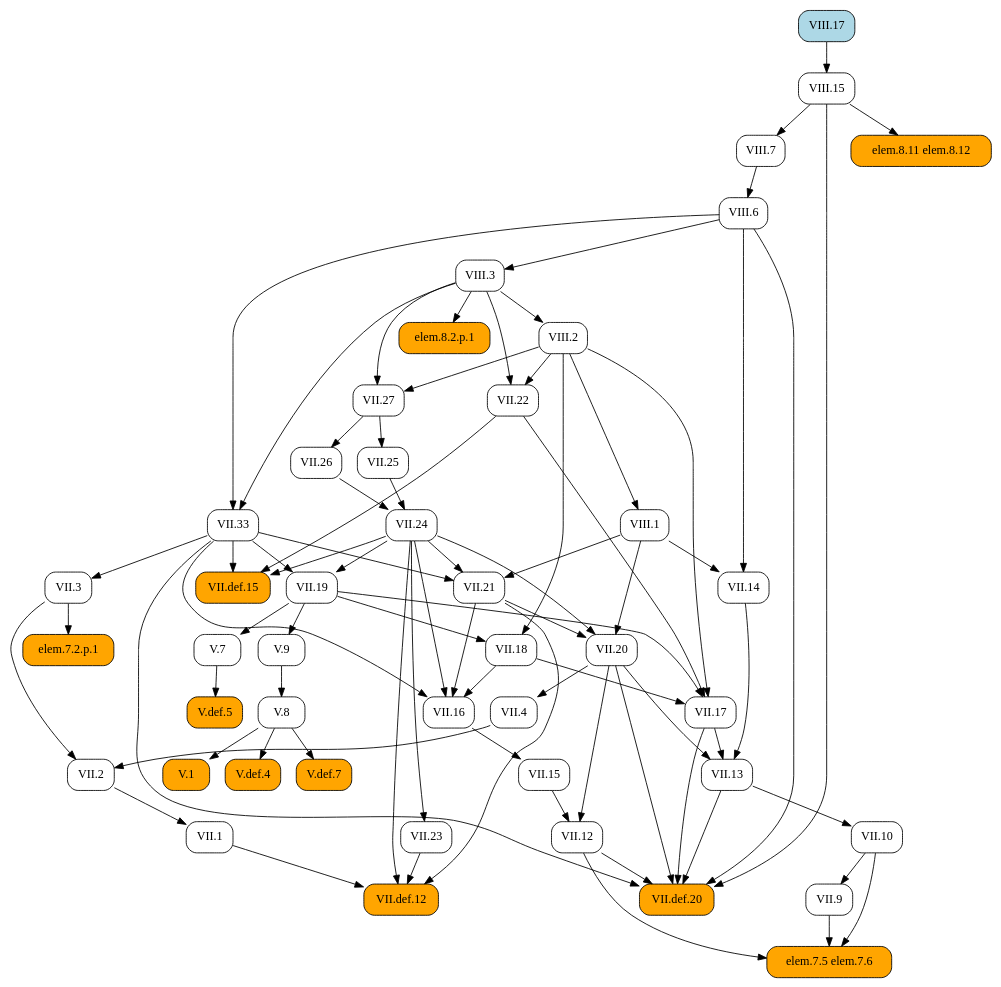
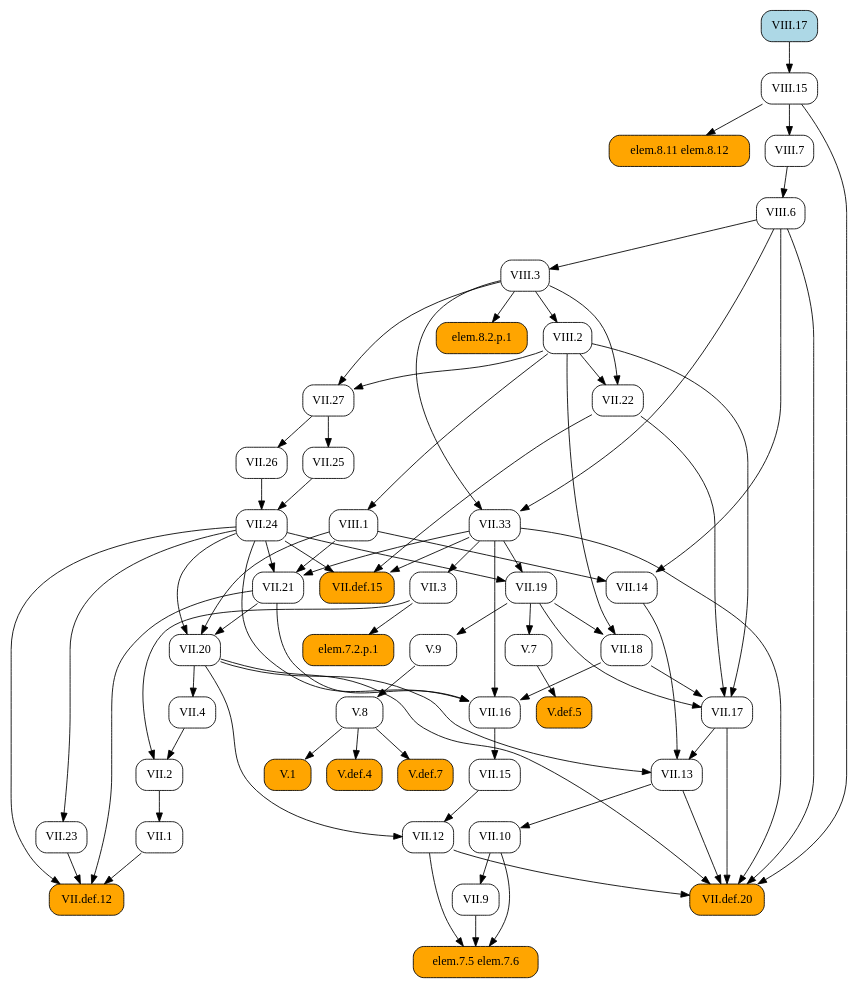
The diagram in docsrc/heath/VIII/17/index.rst (geometor/elements), drawn with Graphviz before and after one commit. The commit also changed other lines of this file and 1029 other files, not shown here.

```diff
--- a/docsrc/heath/VIII/17/index.rst
+++ b/docsrc/heath/VIII/17/index.rst
@@ -36,83 +36,119 @@
    digraph {
      rankdir="TB";
      node [shape=box, style=rounded];
-     "V.1" [style="rounded,filled", fillcolor=orange, URL="/heath/V/1/", target="_top"];
+     "VII.1" [URL="/heath/VII/1/", target="_top"];
+     "VII.9" [URL="/heath/VII/9/", target="_top"];
+     "V.def.5" [style="rounded,filled", fillcolor=orange, URL="/heath/V/def.5/", target="_top"];
+     "VII.3" [URL="/heath/VII/3/", target="_top"];
+     "VII.17" [URL="/heath/VII/17/", target="_top"];
+     "elem.7.5 elem.7.6" [style="rounded,filled", fillcolor=orange];
+     "V.7" [URL="/heath/V/7/", target="_top"];
+     "VIII.17" [style="rounded,filled", fillcolor=lightblue, URL="/heath/VIII/17/", target="_top"];
+     "V.9" [URL="/heath/V/9/", target="_top"];
+     "VII.13" [URL="/heath/VII/13/", target="_top"];
+     "VII.2" [URL="/heath/VII/2/", target="_top"];
+     "VIII.1" [URL="/heath/VIII/1/", target="_top"];
+     "VIII.2" [URL="/heath/VIII/2/", target="_top"];
      "VII.12" [URL="/heath/VII/12/", target="_top"];
      "elem.8.11 elem.8.12" [style="rounded,filled", fillcolor=orange];
+     "VIII.6" [URL="/heath/VIII/6/", target="_top"];
+     "VII.24" [URL="/heath/VII/24/", target="_top"];
+     "VII.def.12" [style="rounded,filled", fillcolor=orange, URL="/heath/VII/def.12/", target="_top"];
+     "V.8" [URL="/heath/V/8/", target="_top"];
+     "VII.33" [URL="/heath/VII/33/", target="_top"];
+     "elem.7.2.p.1" [style="rounded,filled", fillcolor=orange];
+     "VIII.7" [URL="/heath/VIII/7/", target="_top"];
+     "VII.10" [URL="/heath/VII/10/", target="_top"];
+     "VII.def.15" [style="rounded,filled", fillcolor=orange, URL="/heath/VII/def.15/", target="_top"];
+     "VII.19" [URL="/heath/VII/19/", target="_top"];
+     "VII.18" [URL="/heath/VII/18/", target="_top"];
+     "VII.16" [URL="/heath/VII/16/", target="_top"];
+     "VII.26" [URL="/heath/VII/26/", target="_top"];
+     "VII.4" [URL="/heath/VII/4/", target="_top"];
+     "VII.25" [URL="/heath/VII/25/", target="_top"];
+     "VII.21" [URL="/heath/VII/21/", target="_top"];
+     "V.1" [style="rounded,filled", fillcolor=orange, URL="/heath/V/1/", target="_top"];
+     "VII.20" [URL="/heath/VII/20/", target="_top"];
+     "VII.14" [URL="/heath/VII/14/", target="_top"];
+     "VII.27" [URL="/heath/VII/27/", target="_top"];
+     "VIII.3" [URL="/heath/VIII/3/", target="_top"];
+     "V.def.4" [style="rounded,filled", fillcolor=orange, URL="/heath/V/def.4/", target="_top"];
+     "VII.22" [URL="/heath/VII/22/", target="_top"];
+     "V.def.7" [style="rounded,filled", fillcolor=orange, URL="/heath/V/def.7/", target="_top"];
+     "VII.23" [URL="/heath/VII/23/", target="_top"];
+     "VII.15" [URL="/heath/VII/15/", target="_top"];
      "VIII.15" [URL="/heath/VIII/15/", target="_top"];
-     "VII.14" [URL="/heath/VII/14/", target="_top"];
-     "VII.13" [URL="/heath/VII/13/", target="_top"];
-     "VIII.7" [URL="/heath/VIII/7/", target="_top"];
-     "VII.16" [URL="/heath/VII/16/", target="_top"];
-     "VIII.17" [style="rounded,filled", fillcolor=lightblue, URL="/heath/VIII/17/", target="_top"];
-     "V.def.4" [style="rounded,filled", fillcolor=orange, URL="/heath/V/def.4/", target="_top"];
-     "VII.def.15" [style="rounded,filled", fillcolor=orange, URL="/heath/VII/def.15/", target="_top"];
-     "VII.18" [URL="/heath/VII/18/", target="_top"];
-     "V.8" [URL="/heath/V/8/", target="_top"];
-     "VII.21" [URL="/heath/VII/21/", target="_top"];
-     "V.7" [URL="/heath/V/7/", target="_top"];
-     "VII.15" [URL="/heath/VII/15/", target="_top"];
-     "VII.def.12" [style="rounded,filled", fillcolor=orange, URL="/heath/VII/def.12/", target="_top"];
-     "VII.2" [URL="/heath/VII/2/", target="_top"];
      "VII.def.20" [style="rounded,filled", fillcolor=orange, URL="/heath/VII/def.20/", target="_top"];
-     "VII.3" [URL="/heath/VII/3/", target="_top"];
-     "elem.7.5 elem.7.6" [style="rounded,filled", fillcolor=orange];
      "elem.8.2.p.1" [style="rounded,filled", fillcolor=orange];
-     "VII.10" [URL="/heath/VII/10/", target="_top"];
-     "V.def.7" [style="rounded,filled", fillcolor=orange, URL="/heath/V/def.7/", target="_top"];
-     "VII.20" [URL="/heath/VII/20/", target="_top"];
-     "VII.9" [URL="/heath/VII/9/", target="_top"];
-     "VIII.1" [URL="/heath/VIII/1/", target="_top"];
-     "VII.25" [URL="/heath/VII/25/", target="_top"];
-     "VII.23" [URL="/heath/VII/23/", target="_top"];
-     "VII.27" [URL="/heath/VII/27/", target="_top"];
-     "VIII.2" [URL="/heath/VIII/2/", target="_top"];
-     "VII.24" [URL="/heath/VII/24/", target="_top"];
-     "VIII.3" [URL="/heath/VIII/3/", target="_top"];
-     "VII.19" [URL="/heath/VII/19/", target="_top"];
-     "VII.4" [URL="/heath/VII/4/", target="_top"];
-     "elem.7.2.p.1" [style="rounded,filled", fillcolor=orange];
-     "V.9" [URL="/heath/V/9/", target="_top"];
-     "VII.26" [URL="/heath/VII/26/", target="_top"];
-     "VIII.6" [URL="/heath/VIII/6/", target="_top"];
-     "VII.22" [URL="/heath/VII/22/", target="_top"];
-     "VII.1" [URL="/heath/VII/1/", target="_top"];
-     "VII.33" [URL="/heath/VII/33/", target="_top"];
-     "V.def.5" [style="rounded,filled", fillcolor=orange, URL="/heath/V/def.5/", target="_top"];
-     "VII.17" [URL="/heath/VII/17/", target="_top"];
-     "V.8" -> "V.1";
+     "VII.2" -> "VII.1";
+     "VII.10" -> "VII.9";
+     "V.7" -> "V.def.5";
+     "VII.33" -> "VII.3";
+     "VII.18" -> "VII.17";
+     "VII.19" -> "VII.17";
+     "VII.22" -> "VII.17";
+     "VIII.2" -> "VII.17";
+     "VII.9" -> "elem.7.5 elem.7.6";
+     "VII.10" -> "elem.7.5 elem.7.6";
+     "VII.12" -> "elem.7.5 elem.7.6";
+     "VII.19" -> "V.7";
+     "VII.19" -> "V.9";
+     "VII.14" -> "VII.13";
+     "VII.17" -> "VII.13";
+     "VII.20" -> "VII.13";
+     "VII.3" -> "VII.2";
+     "VII.4" -> "VII.2";
+     "VIII.2" -> "VIII.1";
+     "VIII.3" -> "VIII.2";
      "VII.15" -> "VII.12";
      "VII.20" -> "VII.12";
      "VIII.15" -> "elem.8.11 elem.8.12";
-     "VIII.17" -> "VIII.15";
-     "VIII.1" -> "VII.14";
-     "VIII.6" -> "VII.14";
-     "VII.14" -> "VII.13";
-     "VII.17" -> "VII.13";
-     "VII.20" -> "VII.13";
+     "VIII.7" -> "VIII.6";
+     "VII.25" -> "VII.24";
+     "VII.26" -> "VII.24";
+     "VII.1" -> "VII.def.12";
+     "VII.21" -> "VII.def.12";
+     "VII.23" -> "VII.def.12";
+     "VII.24" -> "VII.def.12";
+     "V.9" -> "V.8";
+     "VIII.3" -> "VII.33";
+     "VIII.6" -> "VII.33";
+     "VII.3" -> "elem.7.2.p.1";
      "VIII.15" -> "VIII.7";
+     "VII.13" -> "VII.10";
+     "VII.22" -> "VII.def.15";
+     "VII.24" -> "VII.def.15";
+     "VII.33" -> "VII.def.15";
+     "VII.24" -> "VII.19";
+     "VII.33" -> "VII.19";
+     "VII.19" -> "VII.18";
+     "VIII.2" -> "VII.18";
      "VII.18" -> "VII.16";
      "VII.21" -> "VII.16";
      "VII.24" -> "VII.16";
      "VII.33" -> "VII.16";
-     "V.8" -> "V.def.4";
-     "VII.22" -> "VII.def.15";
-     "VII.24" -> "VII.def.15";
-     "VII.33" -> "VII.def.15";
-     "VII.19" -> "VII.18";
-     "VIII.2" -> "VII.18";
-     "V.9" -> "V.8";
+     "VII.27" -> "VII.26";
+     "VII.20" -> "VII.4";
+     "VII.27" -> "VII.25";
      "VII.24" -> "VII.21";
      "VII.33" -> "VII.21";
      "VIII.1" -> "VII.21";
-     "VII.19" -> "V.7";
+     "V.8" -> "V.1";
+     "VII.21" -> "VII.20";
+     "VII.24" -> "VII.20";
+     "VIII.1" -> "VII.20";
+     "VIII.1" -> "VII.14";
+     "VIII.6" -> "VII.14";
+     "VIII.2" -> "VII.27";
+     "VIII.3" -> "VII.27";
+     "VIII.6" -> "VIII.3";
+     "V.8" -> "V.def.4";
+     "VIII.2" -> "VII.22";
+     "VIII.3" -> "VII.22";
+     "V.8" -> "V.def.7";
+     "VII.24" -> "VII.23";
      "VII.16" -> "VII.15";
-     "VII.1" -> "VII.def.12";
-     "VII.21" -> "VII.def.12";
-     "VII.23" -> "VII.def.12";
-     "VII.24" -> "VII.def.12";
-     "VII.3" -> "VII.2";
-     "VII.4" -> "VII.2";
+     "VIII.17" -> "VIII.15";
      "VII.12" -> "VII.def.20";
      "VII.13" -> "VII.def.20";
      "VII.17" -> "VII.def.20";
@@ -120,41 +156,5 @@
      "VII.33" -> "VII.def.20";
      "VIII.6" -> "VII.def.20";
      "VIII.15" -> "VII.def.20";
-     "VII.33" -> "VII.3";
-     "VII.9" -> "elem.7.5 elem.7.6";
-     "VII.10" -> "elem.7.5 elem.7.6";
-     "VII.12" -> "elem.7.5 elem.7.6";
      "VIII.3" -> "elem.8.2.p.1";
-     "VII.13" -> "VII.10";
-     "V.8" -> "V.def.7";
-     "VII.21" -> "VII.20";
-     "VII.24" -> "VII.20";
-     "VIII.1" -> "VII.20";
-     "VII.10" -> "VII.9";
-     "VIII.2" -> "VIII.1";
-     "VII.27" -> "VII.25";
-     "VII.24" -> "VII.23";
-     "VIII.2" -> "VII.27";
-     "VIII.3" -> "VII.27";
-     "VIII.3" -> "VIII.2";
-     "VII.25" -> "VII.24";
-     "VII.26" -> "VII.24";
-     "VIII.6" -> "VIII.3";
-     "VII.24" -> "VII.19";
-     "VII.33" -> "VII.19";
-     "VII.20" -> "VII.4";
-     "VII.3" -> "elem.7.2.p.1";
-     "VII.19" -> "V.9";
-     "VII.27" -> "VII.26";
-     "VIII.7" -> "VIII.6";
-     "VIII.2" -> "VII.22";
-     "VIII.3" -> "VII.22";
-     "VII.2" -> "VII.1";
-     "VIII.3" -> "VII.33";
-     "VIII.6" -> "VII.33";
-     "V.7" -> "V.def.5";
-     "VII.18" -> "VII.17";
-     "VII.19" -> "VII.17";
-     "VII.22" -> "VII.17";
-     "VIII.2" -> "VII.17";
    }
```
